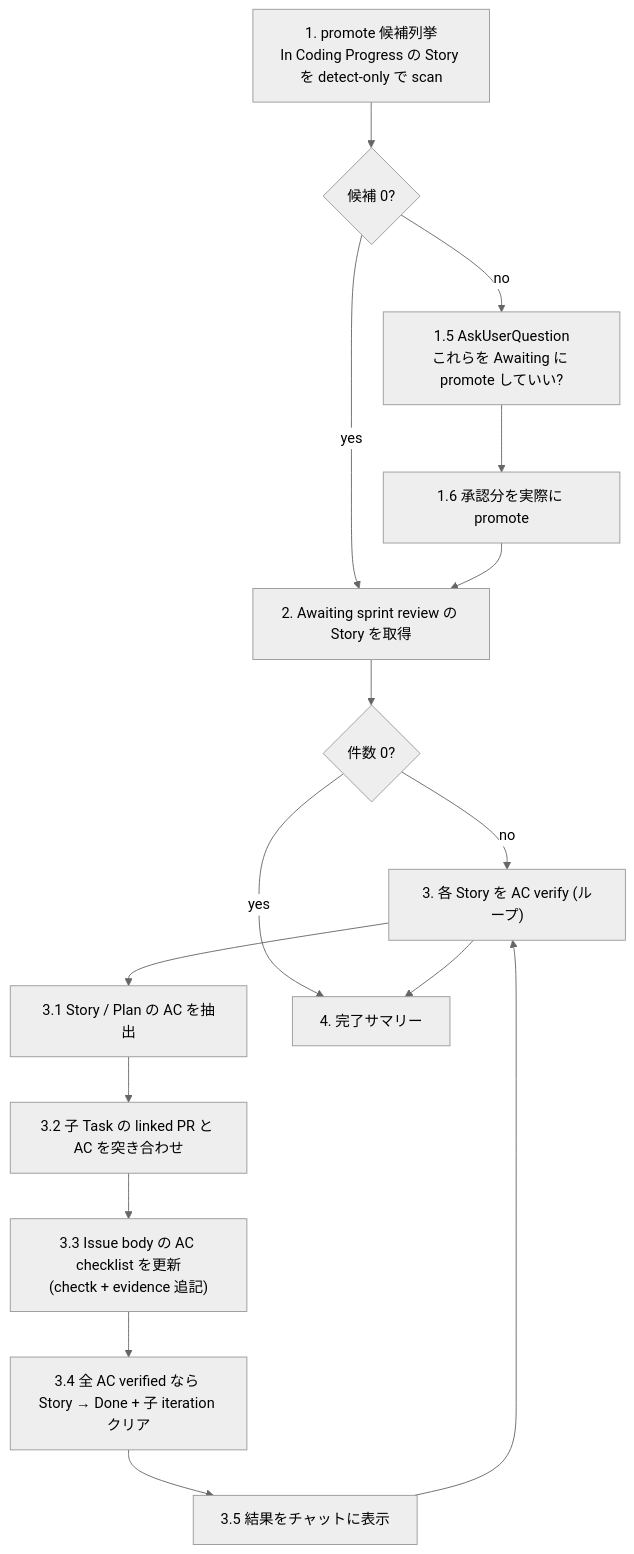
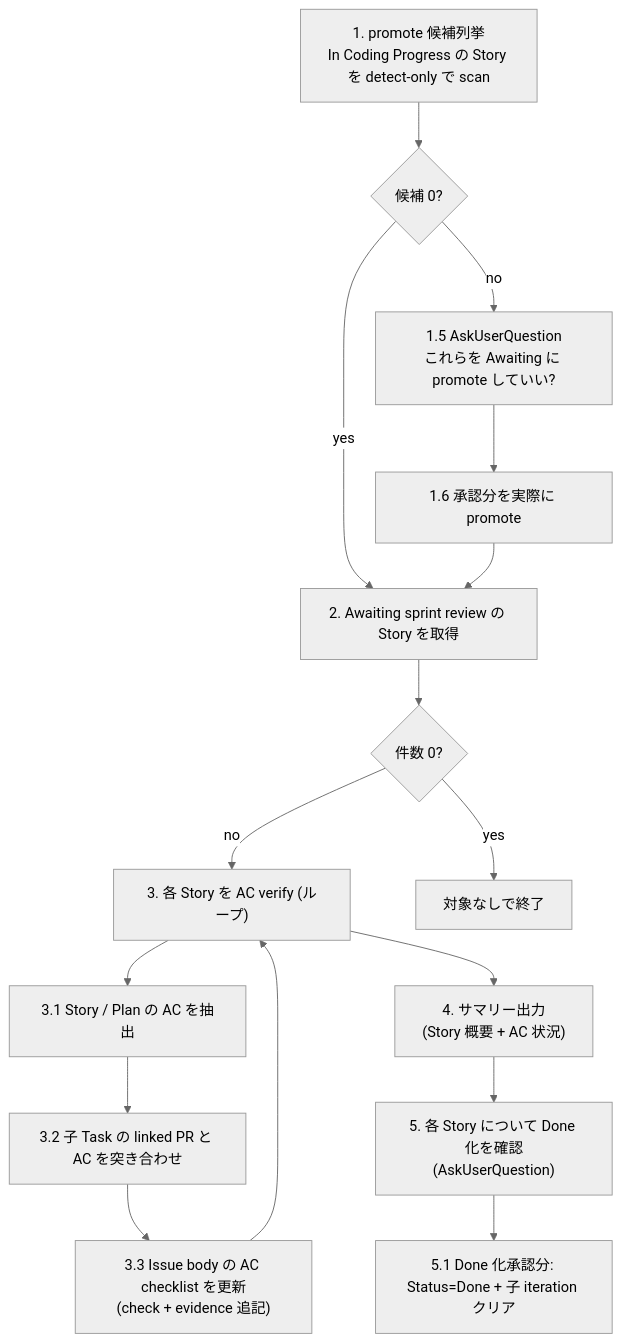
One commit to mrtry-lab/skills changed the diagram in skills/agile-sprint-review/SKILL.md. Above: the diagram before and after it, drawn with Mermaid (neutral theme). The commit also changed other lines of this file, not shown here.

First line of the commit message:
refactor(sprint-review): Done 化は必ず AskUserQuestion 経由 + サマリー簡素化

````diff
--- a/skills/agile-sprint-review/SKILL.md
+++ b/skills/agile-sprint-review/SKILL.md
@@ -30,24 +30,24 @@
 ```mermaid
 flowchart TB
   detect["1. promote 候補列挙\nIn Coding Progress の Story を detect-only で scan"]
   empty1{"候補 0?"}
-  ask["1.5 AskUserQuestion\nこれらを Awaiting に promote していい?"]
+  ask1["1.5 AskUserQuestion\nこれらを Awaiting に promote していい?"]
   promote["1.6 承認分を実際に promote"]
   list["2. Awaiting sprint review の Story を取得"]
   empty2{"件数 0?"}
   loop["3. 各 Story を AC verify (ループ)"]
   parse["3.1 Story / Plan の AC を抽出"]
   match["3.2 子 Task の linked PR と AC を突き合わせ"]
-  update["3.3 Issue body の AC checklist を更新\n(chectk + evidence 追記)"]
-  done["3.4 全 AC verified なら Story → Done + 子 iteration クリア"]
-  show["3.5 結果をチャットに表示"]
-  summary["4. 完了サマリー"]
+  update["3.3 Issue body の AC checklist を更新\n(check + evidence 追記)"]
+  summary["4. サマリー出力\n(Story 概要 + AC 状況)"]
+  ask2["5. 各 Story について Done 化を確認\n(AskUserQuestion)"]
+  done["5.1 Done 化承認分: Status=Done + 子 iteration クリア"]
 
   detect --> empty1
   empty1 -- yes --> list
-  empty1 -- no --> ask --> promote --> list
+  empty1 -- no --> ask1 --> promote --> list
   list --> empty2
-  empty2 -- yes --> summary
-  empty2 -- no --> loop --> parse --> match --> update --> done --> show --> loop
-  loop --> summary
+  empty2 -- yes --> end_node["対象なしで終了"]
+  empty2 -- no --> loop --> parse --> match --> update --> loop
+  loop --> summary --> ask2 --> done
 ```
````
